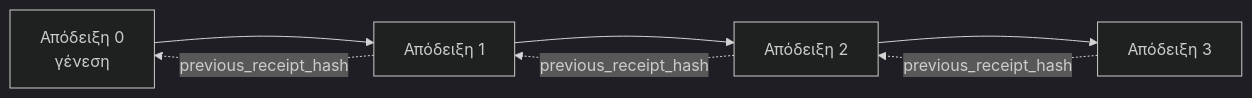
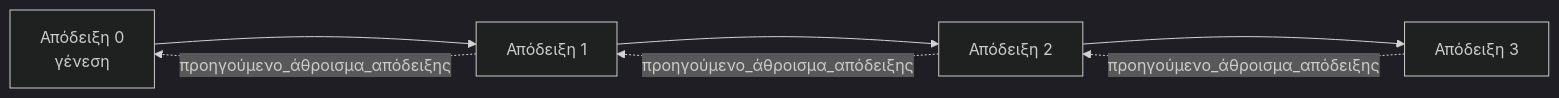
One commit to microsoft/ai-agents-for-beginners changed the second of 2 diagrams in translations/el/18-securing-ai-agents/README.md. Above: the diagram before and after it, drawn with Mermaid (dark theme). The commit also changed other lines of this file and 227 other files, not shown here.

````diff
--- a/translations/el/18-securing-ai-agents/README.md
+++ b/translations/el/18-securing-ai-agents/README.md
@@ -206,9 +206,9 @@
 ```mermaid
 flowchart LR
     R0[Απόδειξη 0<br/>γένεση] --> R1[Απόδειξη 1]
     R1 --> R2[Απόδειξη 2]
     R2 --> R3[Απόδειξη 3]
-    R1 -. previous_receipt_hash .-> R0
-    R2 -. previous_receipt_hash .-> R1
-    R3 -. previous_receipt_hash .-> R2
+    R1 -. προηγούμενο_άθροισμα_απόδειξης .-> R0
+    R2 -. προηγούμενο_άθροισμα_απόδειξης .-> R1
+    R3 -. προηγούμενο_άθροισμα_απόδειξης .-> R2
 ```
````
